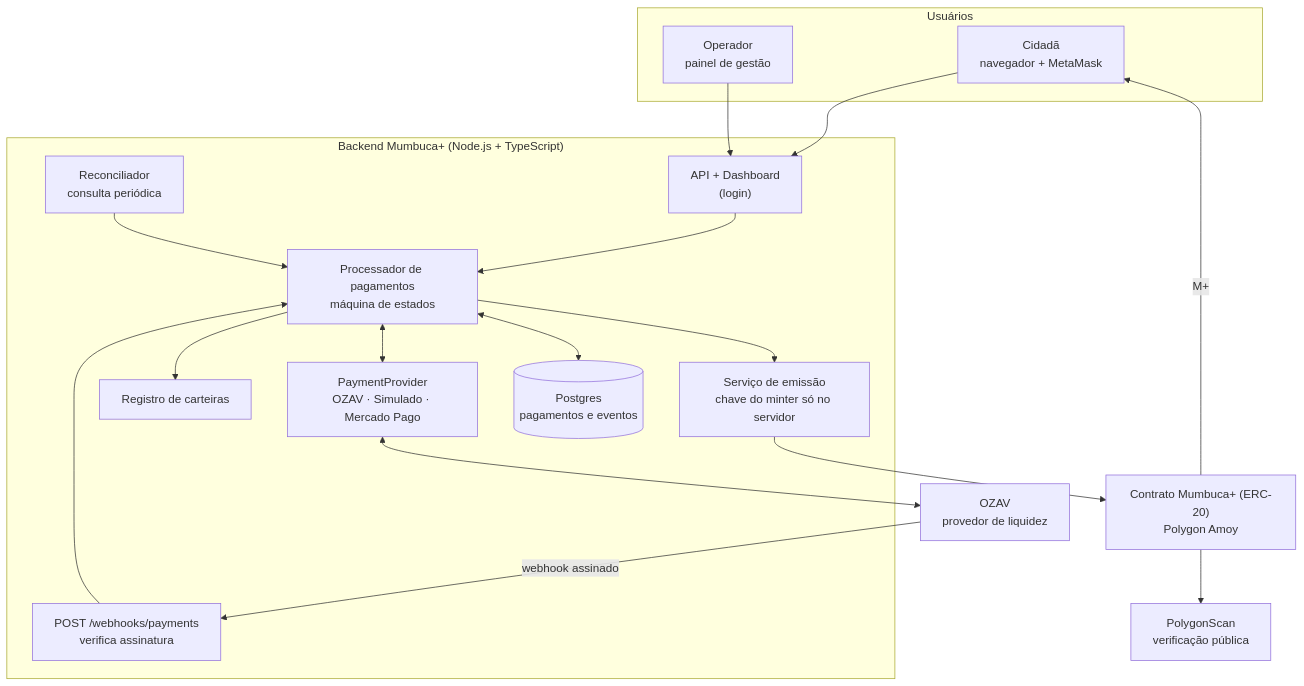
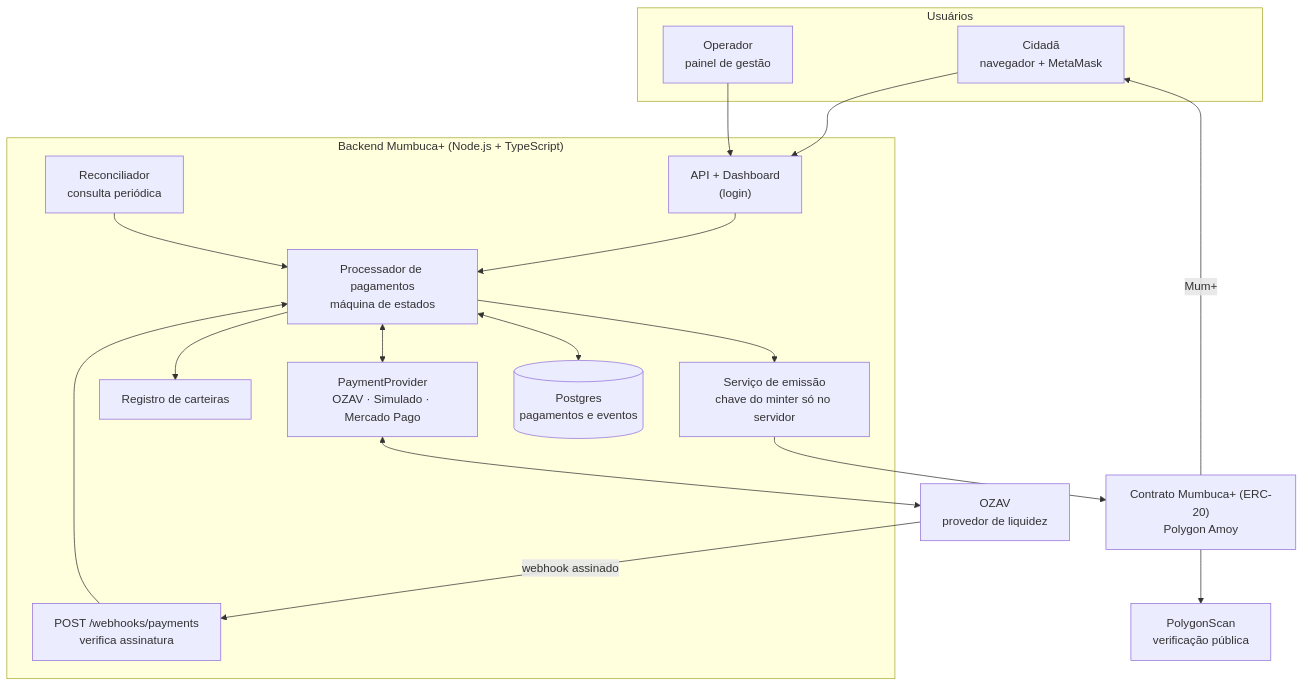
One commit to Peragus01/Mumbuca-plus changed the second of 4 diagrams in README.md. Above: the diagram before and after it, drawn with Mermaid. The commit also changed other lines of this file and 2 other files, not shown here.

Commit message:
docs: rename token symbol from M+ to Mum+

````diff
--- a/README.md
+++ b/README.md
@@ -137,34 +137,34 @@
 ```mermaid
 flowchart TB
     subgraph Usuarios["Usuários"]
         C["Cidadã<br/>navegador + MetaMask"]
         O["Operador<br/>painel de gestão"]
     end
 
     subgraph Backend["Backend Mumbuca+ (Node.js + TypeScript)"]
         API["API + Dashboard<br/>(login)"]
         WH["POST /webhooks/payments<br/>verifica assinatura"]
         PP["PaymentProvider<br/>OZAV · Simulado · Mercado Pago"]
         PROC["Processador de pagamentos<br/>máquina de estados"]
         REC["Reconciliador<br/>consulta periódica"]
         WR["Registro de carteiras"]
         MS["Serviço de emissão<br/>chave do minter só no servidor"]
         DB[("Postgres<br/>pagamentos e eventos")]
     end
 
     OZ["OZAV<br/>provedor de liquidez"]
     SC["Contrato Mumbuca+ (ERC-20)<br/>Polygon Amoy"]
     EX["PolygonScan<br/>verificação pública"]
 
     C --> API
     O --> API
     API --> PROC
     OZ -->|webhook assinado| WH --> PROC
     REC --> PROC
     PROC <--> PP <--> OZ
     PROC --> WR
     PROC --> MS --> SC
     PROC <--> DB
     SC --> EX
-    SC -->|M+| C
+    SC -->|Mum+| C
 ```
````
